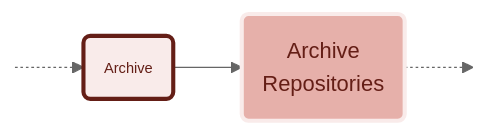
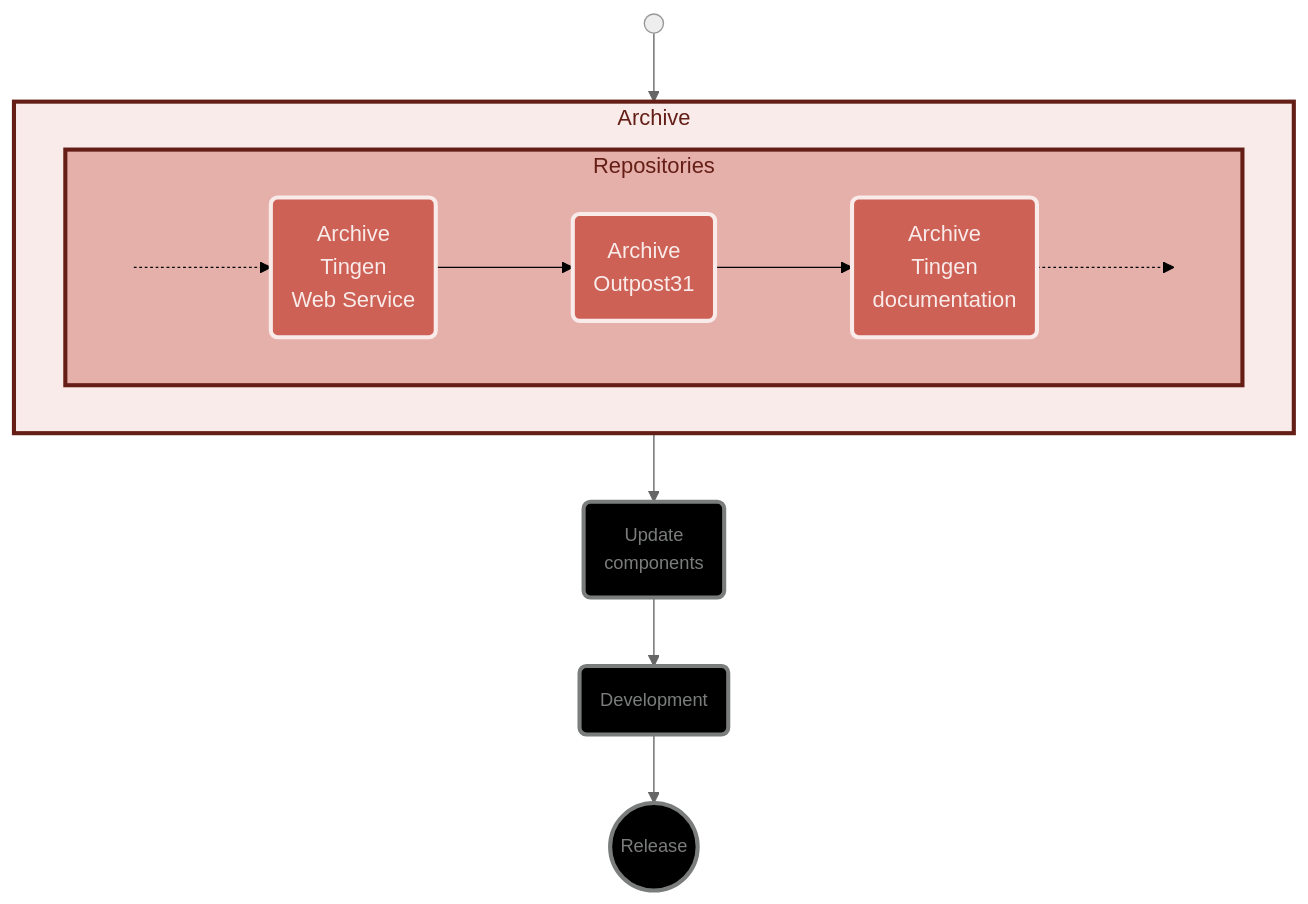
The second of 8 diagrams in Development/Workflows/workflows.md (spectrum-health-systems/tingen-documentation), drawn with Mermaid (neutral theme) before and after one commit. The commit also changed other lines of this file, not shown here.

````diff
--- a/Development/Workflows/workflows.md
+++ b/Development/Workflows/workflows.md
@@ -53,13 +52,36 @@
- ```mermaid
-  flowchart LR
-    %% Components
-    Archive@{shape: rounded, label: "Archive"}
-    ArchiveRepostitories@{shape: rounded, label: "Archive\nRepositories"}
-    %% Layout
-    Start:::Hidden -.->Archive:::R5_ --> ArchiveRepostitories:::R1_ -.-> Continue:::Hidden
-    %% Styles
-    classDef R5_ stroke:#641e16,stroke-width:3px,fill:#f9ebea,color:#641e16,font-size:8pt 
-    classDef R1_ stroke:#f9ebea,stroke-width:3px,fill:#E6B0AA,color:#641e16
-    %% Styles - Global
-    classDef Hidden display: none;
-  ```
+```mermaid
+flowchart TB
+  %% Components
+  Start@{shape: sm-circ, label: "Start the workflow\n[sm-circ]"}
+  UpdateComponents@{shape: rounded, label: "Update\ncomponents"}
+  Development@{shape: rounded, label: "Development"}
+  Release@{shape: circ, label: "Release"}
+
+  %% Subgraphs
+  subgraph _Archive ["Archive"]
+    direction LR
+      subgraph _ArchiveRepositories ["Repositories"]
+        direction LR
+        %% Components
+        ArchiveTingenWebService@{shape: rounded, label: "Archive\nTingen\nWeb Service"}
+        ArchiveOutpost31@{shape: rounded, label: "Archive\nOutpost31"}
+        ArchiveTingenDocumentation@{shape: rounded, label: "Archive\nTingen\ndocumentation"}
+        %% Layout
+        RepoStart:::Hidden -.-> ArchiveTingenWebService:::R2_ --> ArchiveOutpost31:::R2_ --> ArchiveTingenDocumentation:::R2_ -.-> RepoEnd:::Hidden
+      end
+  end
+
+  %% Layout
+  Start --> _Archive:::R5_ --> UpdateComponents:::B7a_ --> Development:::B7a_ --> Release:::B7a_
+  _ArchiveRepositories:::R6_
+      
+  %% Styles
+  classDef R0_ stroke:#f9ebea,stroke-width:3px,fill:#f9ebea,color:#641e16
+  classDef R1_ stroke:#f9ebea,stroke-width:3px,fill:#E6B0AA,color:#641e16
+  classDef R2_ stroke:#f9ebea,stroke-width:3px,fill:#CD6155,color:#f9ebea
+  classDef R5_ stroke:#641e16,stroke-width:3px,fill:#f9ebea,color:#641e16
+  classDef R6_ stroke:#641e16,stroke-width:3px,fill:#E6B0AA,color:#641e16
+  classDef B7a_ stroke:#7b7d7d,stroke-width:3px,fill:#000000,color:#7b7d7d,font-size: 10pt
+  classDef Hidden display: none;
+  linkStyle 0,1,2,3 stroke:#000000,stroke-width:1px
+```
````
